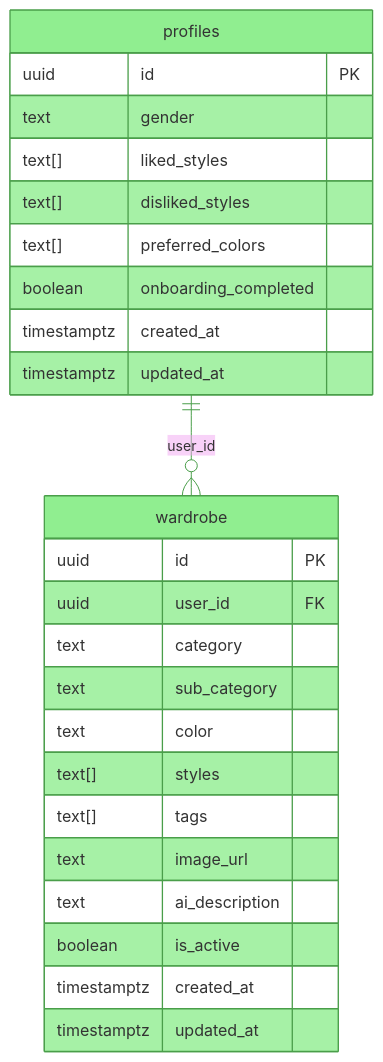
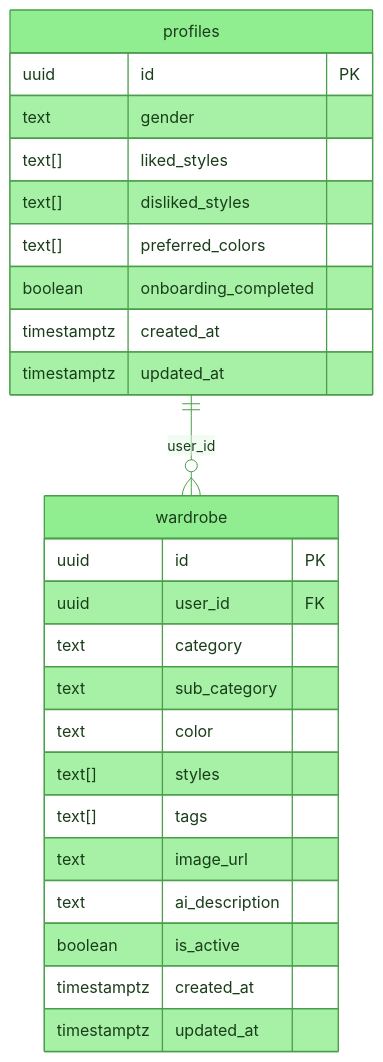
The second of 5 diagrams in README.md (young017/weather), drawn with Mermaid before and after one commit. The commit also changed other lines of this file, not shown here.

````diff
--- a/README.md
+++ b/README.md
@@ -85,31 +94,31 @@
 ```mermaid
-%%{init: {'theme': 'base', 'themeVariables': {'primaryColor': '#90EE90', 'primaryBorderColor': '#4a9e4a', 'lineColor': '#4a9e4a'}}}%%
+%%{init: {'theme': 'base', 'themeVariables': {'primaryColor': '#90EE90', 'primaryBorderColor': '#4a9e4a', 'primaryTextColor': '#1a3d1a', 'secondaryColor': '#c8f0c8', 'tertiaryColor': '#e6f9e6', 'lineColor': '#4a9e4a', 'attributeBackgroundColorEven': '#c8f0c8', 'attributeBackgroundColorOdd': '#e6f9e6'}}}%%
 erDiagram
     profiles {
         uuid id PK
         text gender
         text[] liked_styles
         text[] disliked_styles
         text[] preferred_colors
         boolean onboarding_completed
         timestamptz created_at
         timestamptz updated_at
     }
 
     wardrobe {
         uuid id PK
         uuid user_id FK
         text category
         text sub_category
         text color
         text[] styles
         text[] tags
         text image_url
         text ai_description
         boolean is_active
         timestamptz created_at
         timestamptz updated_at
     }
 
     profiles ||--o{ wardrobe : "user_id"
 ```
````
